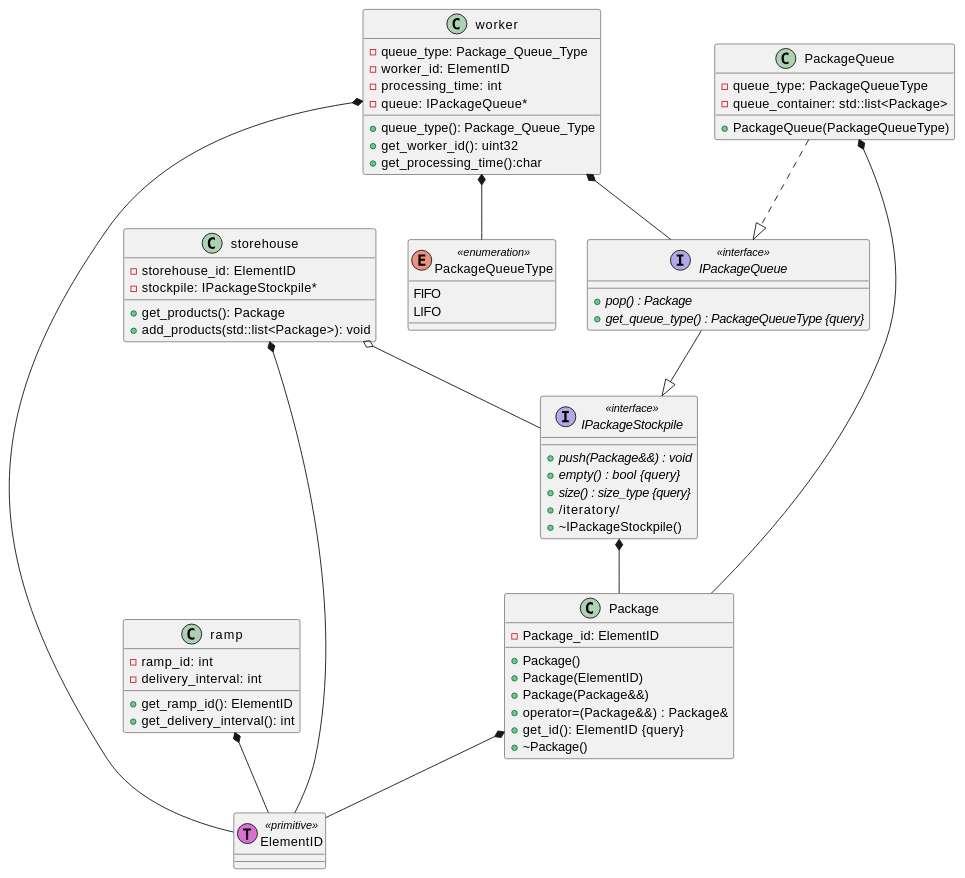
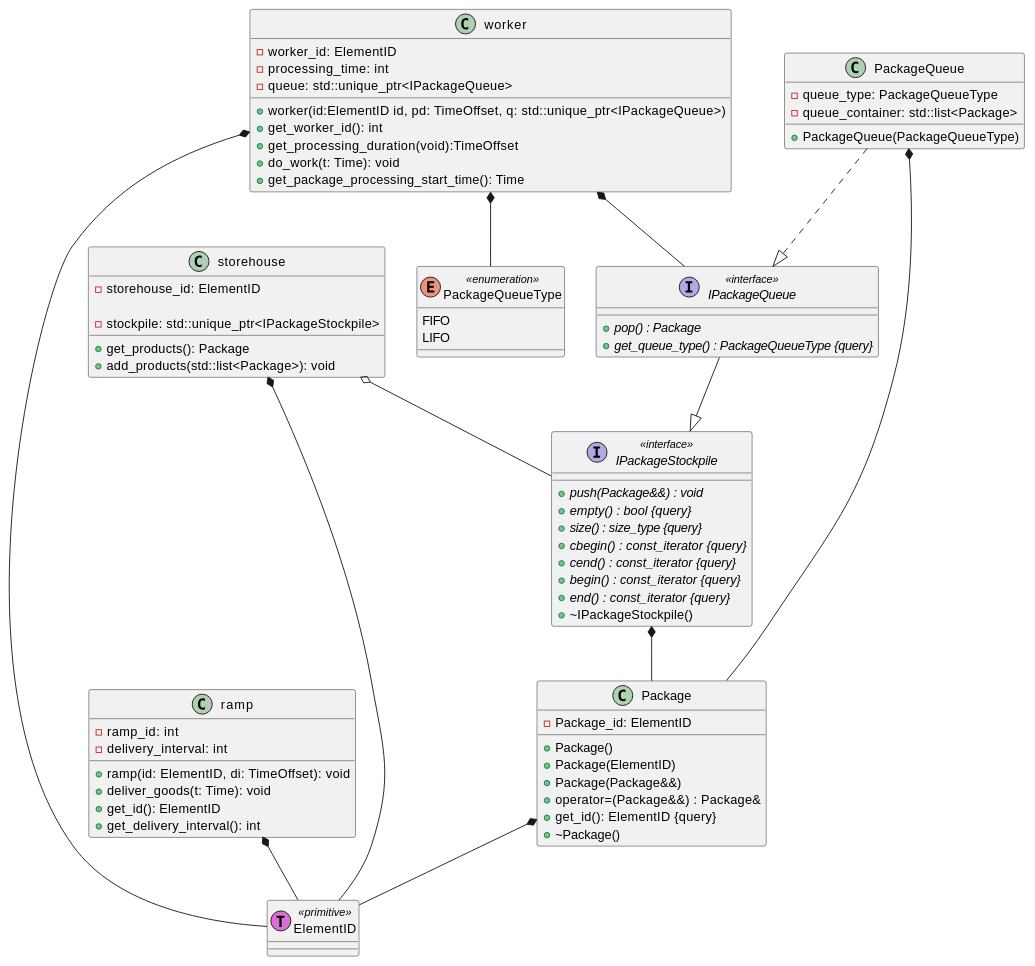
The diagram in diagram.md (GrawtoG/NetSim), drawn with PlantUML before and after one commit. The commit also changed 7 other files, not shown here.

```diff
--- a/diagram.md
+++ b/diagram.md
@@ -2,24 +2,28 @@
 @startuml
 class worker
 {
-+queue_type(): Package_Queue_Type
-+get_worker_id(): uint32
-+get_processing_time():char
--queue_type: Package_Queue_Type
++worker(id:ElementID id, pd: TimeOffset, q: std::unique_ptr<IPackageQueue>)
++get_worker_id(): int
++get_processing_duration(void):TimeOffset
++do_work(t: Time): void
++get_package_processing_start_time(): Time
 -worker_id: ElementID
 -processing_time: int
--queue: IPackageQueue*
+-queue: std::unique_ptr<IPackageQueue>
 }
 class ramp{
-+get_ramp_id(): ElementID
++ramp(id: ElementID, di: TimeOffset): void
++deliver_goods(t: Time): void
++get_id(): ElementID
 +get_delivery_interval(): int
 -ramp_id: int
 -delivery_interval: int
 }
 class storehouse{
 -storehouse_id: ElementID
+
 +get_products(): Package
--stockpile: IPackageStockpile*
+-stockpile: std::unique_ptr<IPackageStockpile>
 +add_products(std::list<Package>): void
 }
 
@@ -30,7 +34,10 @@
 	    + {abstract} push(Package&&) : void
 	    + {abstract} empty() : bool {query}
 	    + {abstract} size() : size_type {query}
-	    + {method} /iteratory/
+	    + {abstract} cbegin() : const_iterator {query}
+        + {abstract} cend() : const_iterator {query}
+        + {abstract} begin() : const_iterator {query}
+        + {abstract} end() : const_iterator {query}
 	    + ~IPackageStockpile()
 	}
 
```
